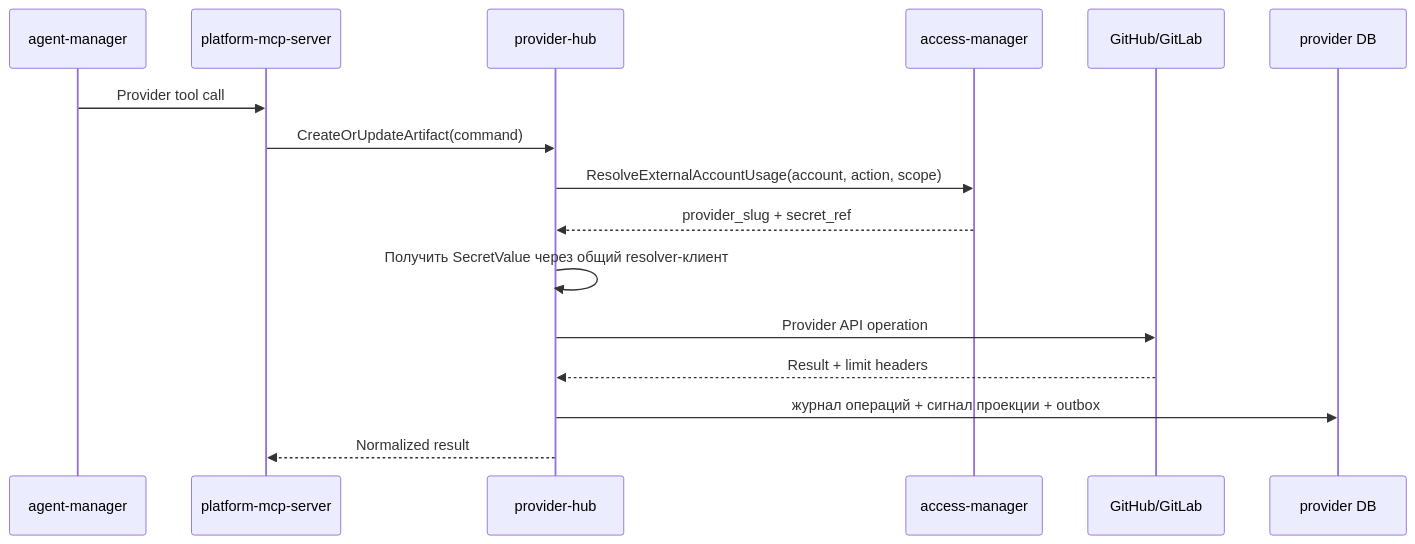
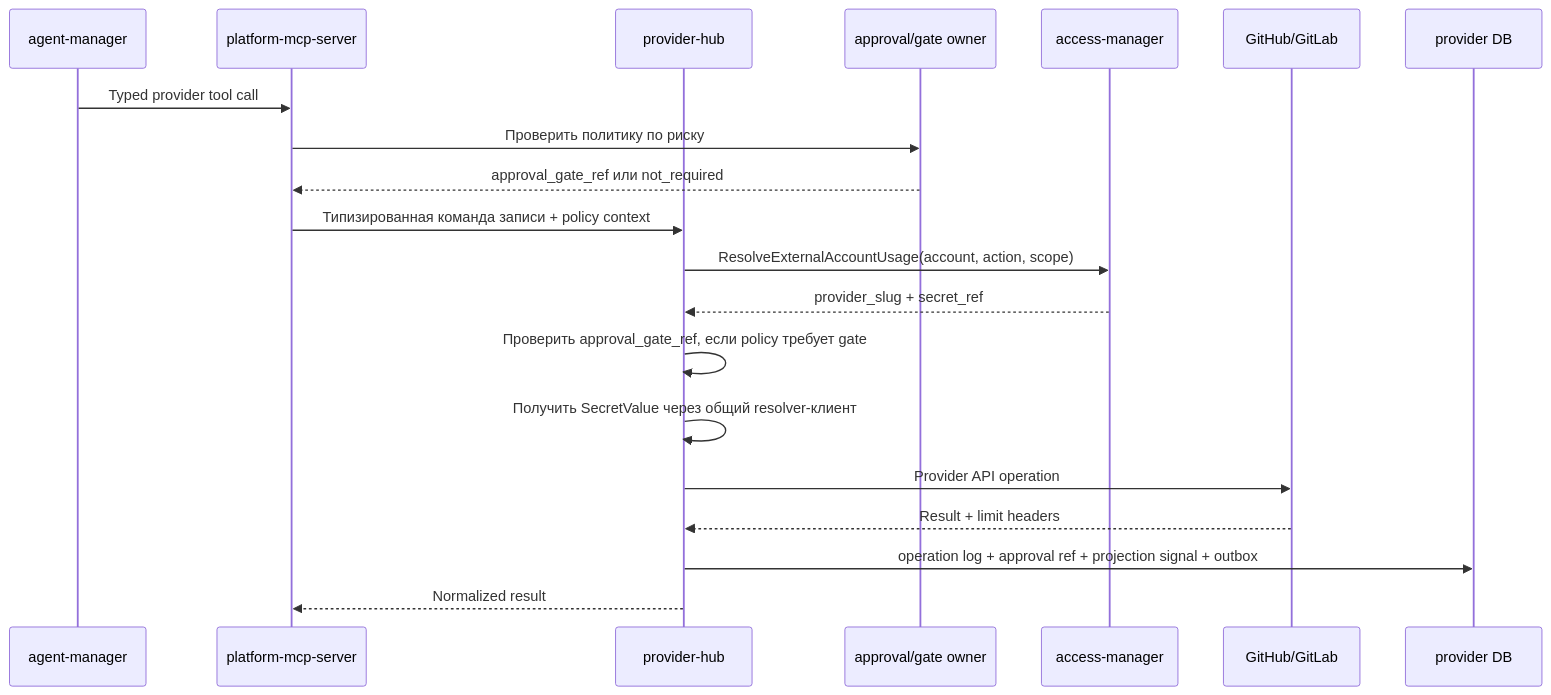
One commit to codex-k8s/kodex changed the third of 4 diagrams in docs/domains/provider-native-work-items/architecture/design.md. Above: the diagram before and after it, drawn with Mermaid. The commit also changed other lines of this file and 12 other files, not shown here.

Commit message:
Document provider write tool contracts

````diff
--- a/docs/domains/provider-native-work-items/architecture/design.md
+++ b/docs/domains/provider-native-work-items/architecture/design.md
@@ -113,18 +113,22 @@
 ```mermaid
 sequenceDiagram
   participant AM as agent-manager
   participant MCP as platform-mcp-server
   participant H as provider-hub
+  participant G as approval/gate owner
   participant A as access-manager
   participant P as GitHub/GitLab
   participant DB as provider DB
-  AM->>MCP: Provider tool call
-  MCP->>H: CreateOrUpdateArtifact(command)
+  AM->>MCP: Typed provider tool call
+  MCP->>G: Проверить политику по риску
+  G-->>MCP: approval_gate_ref или not_required
+  MCP->>H: Типизированная команда записи + policy context
   H->>A: ResolveExternalAccountUsage(account, action, scope)
   A-->>H: provider_slug + secret_ref
+  H->>H: Проверить approval_gate_ref, если policy требует gate
   H->>H: Получить SecretValue через общий resolver-клиент
   H->>P: Provider API operation
   P-->>H: Result + limit headers
-  H->>DB: журнал операций + сигнал проекции + outbox
+  H->>DB: operation log + approval ref + projection signal + outbox
   H-->>MCP: Normalized result
 ```
````
